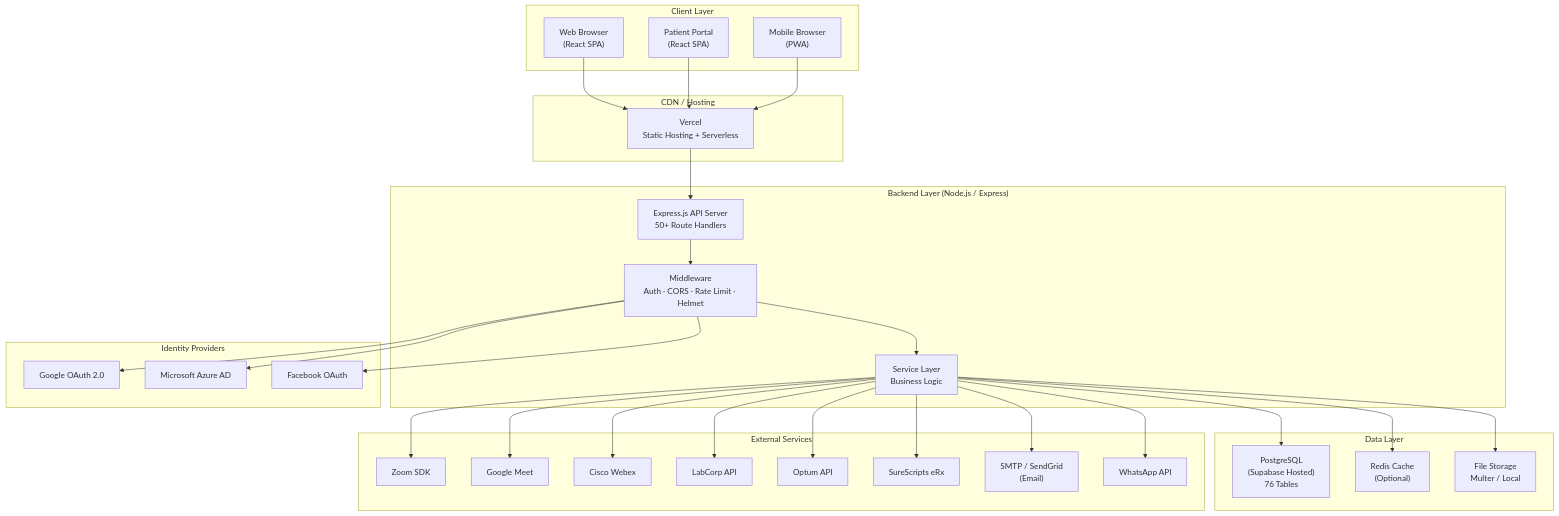
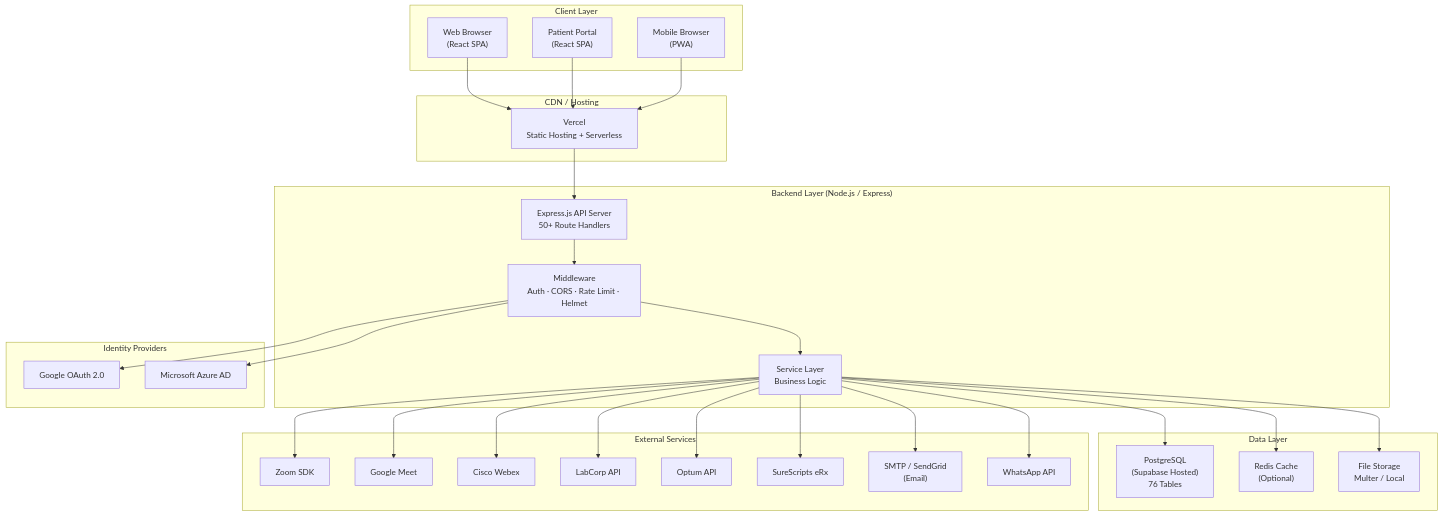
The first of 16 diagrams in ARCHITECTURE_DIAGRAM.md (rajbizchannels/AureonCare), drawn with Mermaid before and after one commit. The commit also changed other lines of this file, not shown here.

````diff
--- a/ARCHITECTURE_DIAGRAM.md
+++ b/ARCHITECTURE_DIAGRAM.md
@@ -9,62 +9,60 @@
 ```mermaid
 graph TB
     subgraph Clients["Client Layer"]
         WEB["Web Browser<br/>(React SPA)"]
         PATIENT["Patient Portal<br/>(React SPA)"]
         MOBILE["Mobile Browser<br/>(PWA)"]
     end
 
     subgraph CDN["CDN / Hosting"]
         VERCEL["Vercel<br/>Static Hosting + Serverless"]
     end
 
     subgraph Backend["Backend Layer (Node.js / Express)"]
         API["Express.js API Server<br/>50+ Route Handlers"]
         MW["Middleware<br/>Auth · CORS · Rate Limit · Helmet"]
         SVC["Service Layer<br/>Business Logic"]
     end
 
     subgraph Data["Data Layer"]
         PG["PostgreSQL<br/>(Supabase Hosted)<br/>76 Tables"]
         REDIS["Redis Cache<br/>(Optional)"]
         FILES["File Storage<br/>Multer / Local"]
     end
 
     subgraph External["External Services"]
         ZOOM["Zoom SDK"]
         GMEET["Google Meet"]
         WEBEX["Cisco Webex"]
         LABCORP["LabCorp API"]
         OPTUM["Optum API"]
         SURESX["SureScripts eRx"]
         SMTP["SMTP / SendGrid<br/>(Email)"]
         WHATSAPP["WhatsApp API"]
     end
 
     subgraph Auth["Identity Providers"]
         GOOGLE["Google OAuth 2.0"]
         MSAZURE["Microsoft Azure AD"]
-        FACEBOOK["Facebook OAuth"]
     end
 
     WEB --> VERCEL
     PATIENT --> VERCEL
     MOBILE --> VERCEL
     VERCEL --> API
     API --> MW
     MW --> SVC
     SVC --> PG
     SVC --> REDIS
     SVC --> FILES
     SVC --> ZOOM
     SVC --> GMEET
     SVC --> WEBEX
     SVC --> LABCORP
     SVC --> OPTUM
     SVC --> SURESX
     SVC --> SMTP
     SVC --> WHATSAPP
     MW --> GOOGLE
     MW --> MSAZURE
-    MW --> FACEBOOK
 ```
````
